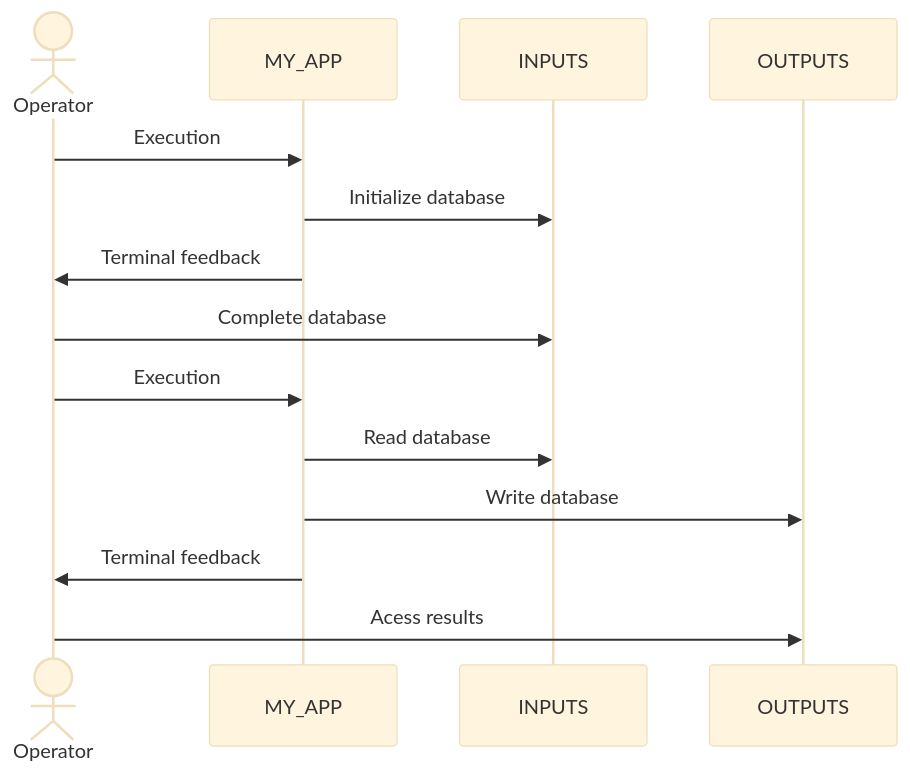
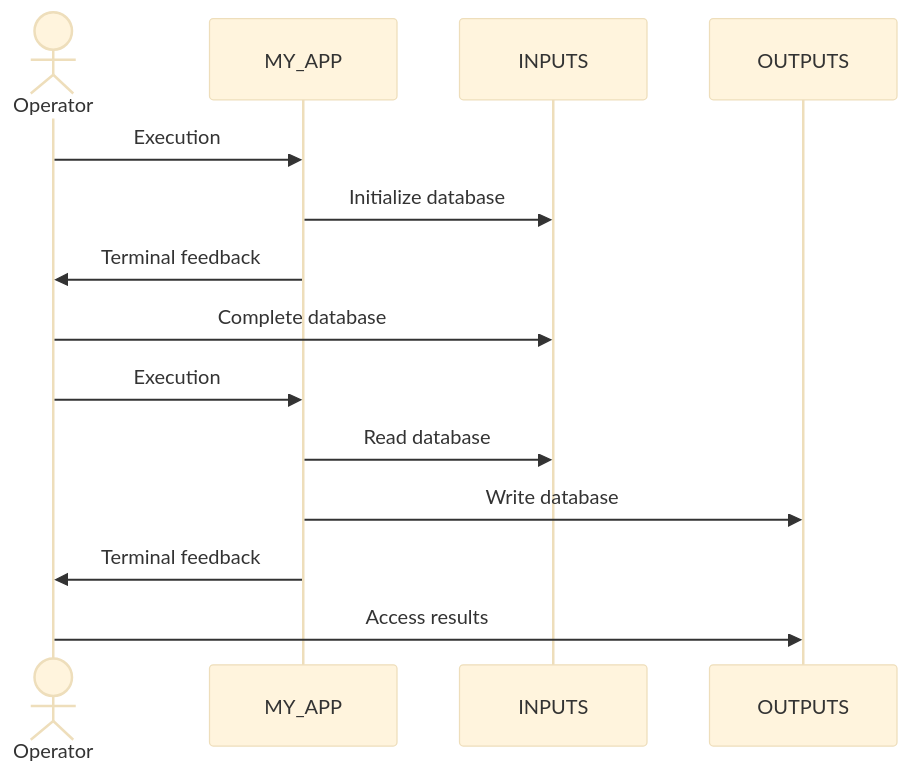
Before and after one commit to nuremics/nuremics: diagram 13 of 16 in README.md, drawn with Mermaid (base theme). The commit also changed other lines of this file, not shown here.

````diff
--- a/README.md
+++ b/README.md
@@ -390,13 +390,13 @@
 ```mermaid
 sequenceDiagram
     actor Operator
     Operator->>MY_APP: Execution
     MY_APP->>INPUTS: Initialize database
     MY_APP->>Operator: Terminal feedback
     Operator->>INPUTS: Complete database
     Operator->>MY_APP: Execution
     MY_APP->>INPUTS: Read database
     MY_APP->>OUTPUTS: Write database
     MY_APP->>Operator: Terminal feedback
-    Operator->>OUTPUTS: Acess results
+    Operator->>OUTPUTS: Access results
 ```
````
